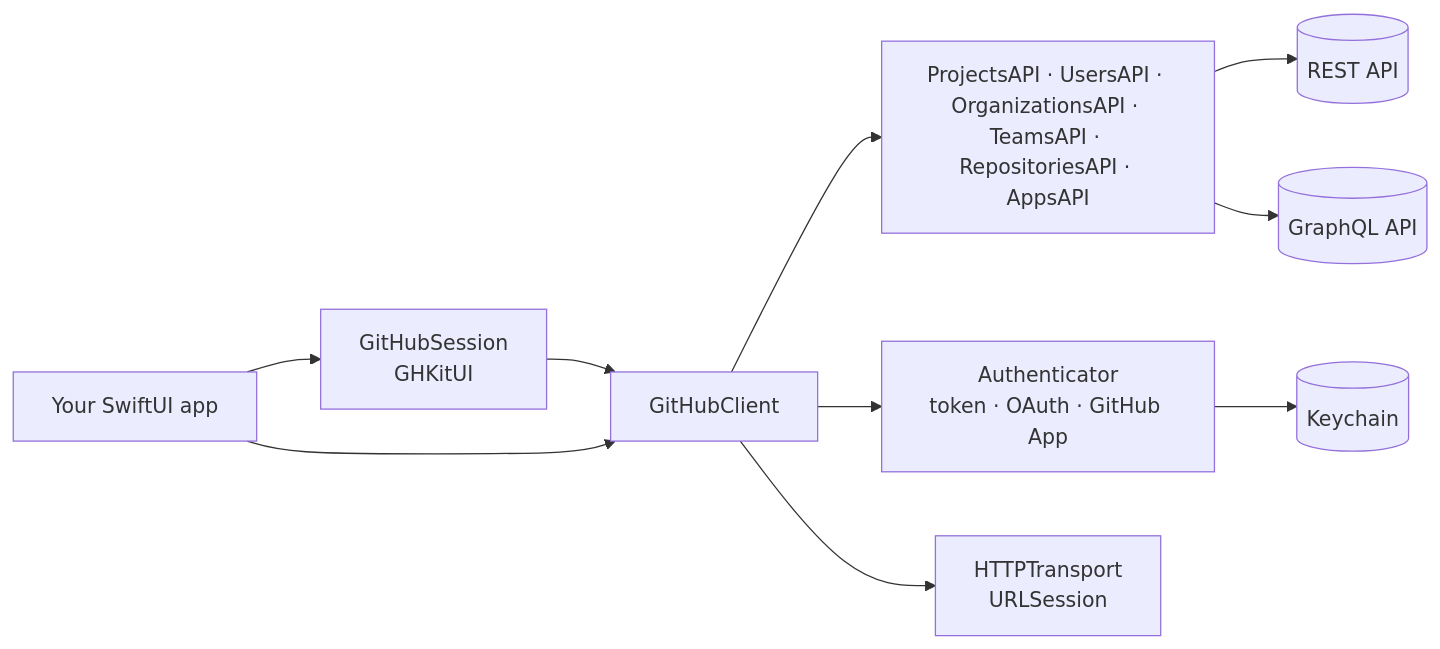
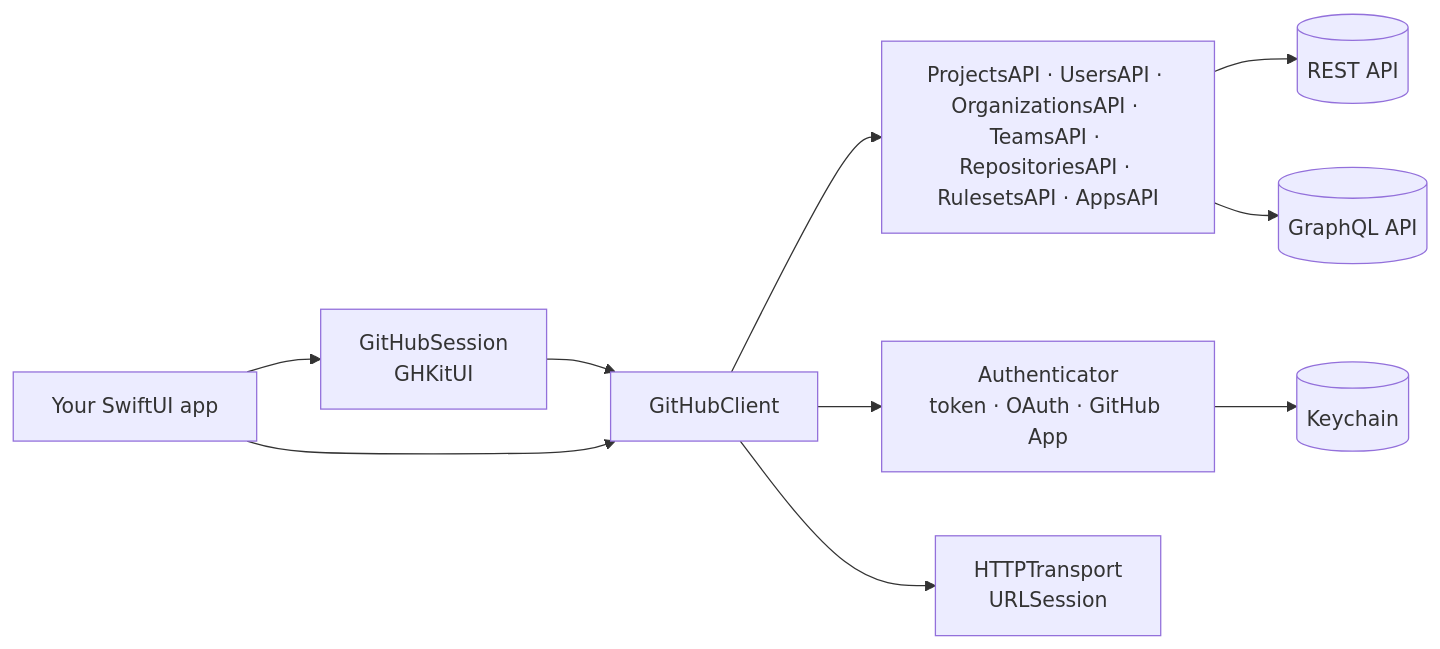
Before and after one commit to emmanuel-defreitas/GHKit: the diagram in README.md, drawn with Mermaid. The commit also changed 17 other files, not shown here.

````diff
--- a/README.md
+++ b/README.md
@@ -324,12 +324,12 @@
 ```mermaid
 graph LR
     App[Your SwiftUI app] --> Session[GitHubSession<br/>GHKitUI]
     Session --> Client[GitHubClient]
     App --> Client
-    Client --> APIs[ProjectsAPI · UsersAPI · OrganizationsAPI · TeamsAPI · RepositoriesAPI · AppsAPI]
+    Client --> APIs[ProjectsAPI · UsersAPI · OrganizationsAPI · TeamsAPI · RepositoriesAPI · RulesetsAPI · AppsAPI]
     Client --> Auth[Authenticator<br/>token · OAuth · GitHub App]
     Client --> Transport[HTTPTransport<br/>URLSession]
     APIs --> REST[(REST API)]
     APIs --> GQL[(GraphQL API)]
     Auth --> Store[(Keychain)]
 ```
````
